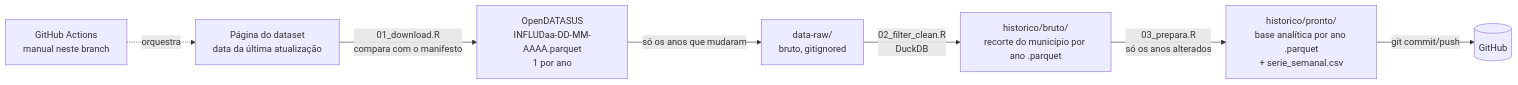
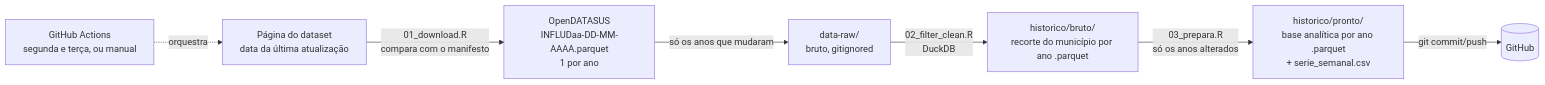
Before and after one commit to FEHALTENBURG1/SRAG_MRJ: the diagram in srag_historico_mrj/README.md, drawn with Mermaid. The commit also changed other lines of this file and 4 other files, not shown here.

````diff
--- a/srag_historico_mrj/README.md
+++ b/srag_historico_mrj/README.md
@@ -29,9 +30,9 @@
 ```mermaid
 flowchart LR
     S[Página do dataset<br/>data da última atualização] -->|01_download.R<br/>compara com o manifesto| A
     A[OpenDATASUS<br/>INFLUDaa-DD-MM-AAAA.parquet<br/>1 por ano] -->|só os anos que mudaram| B[data-raw/<br/>bruto, gitignored]
     B -->|02_filter_clean.R<br/>DuckDB| C[historico/bruto/<br/>recorte do município por ano .parquet]
     C -->|03_prepara.R<br/>só os anos alterados| P[historico/pronto/<br/>base analítica por ano .parquet<br/>+ serie_semanal.csv]
     P -->|git commit/push| D[(GitHub)]
-    E[GitHub Actions<br/>manual neste branch] -.orquestra.-> S
+    E[GitHub Actions<br/>segunda e terça, ou manual] -.orquestra.-> S
 ```
````
